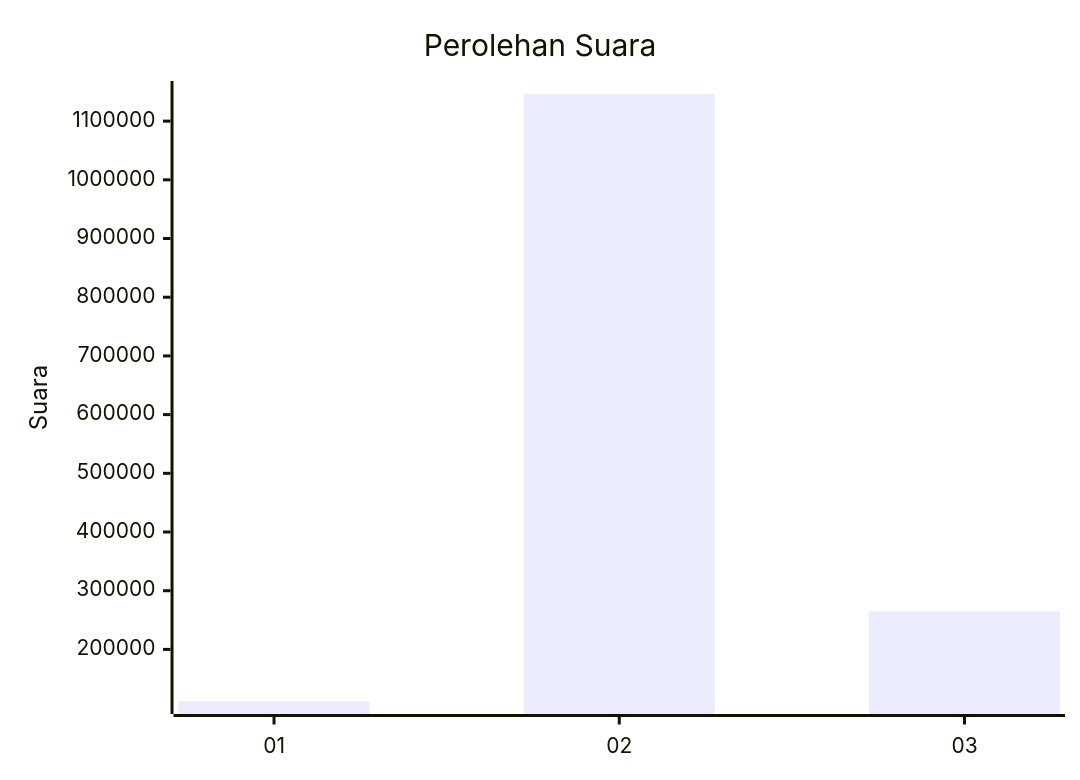
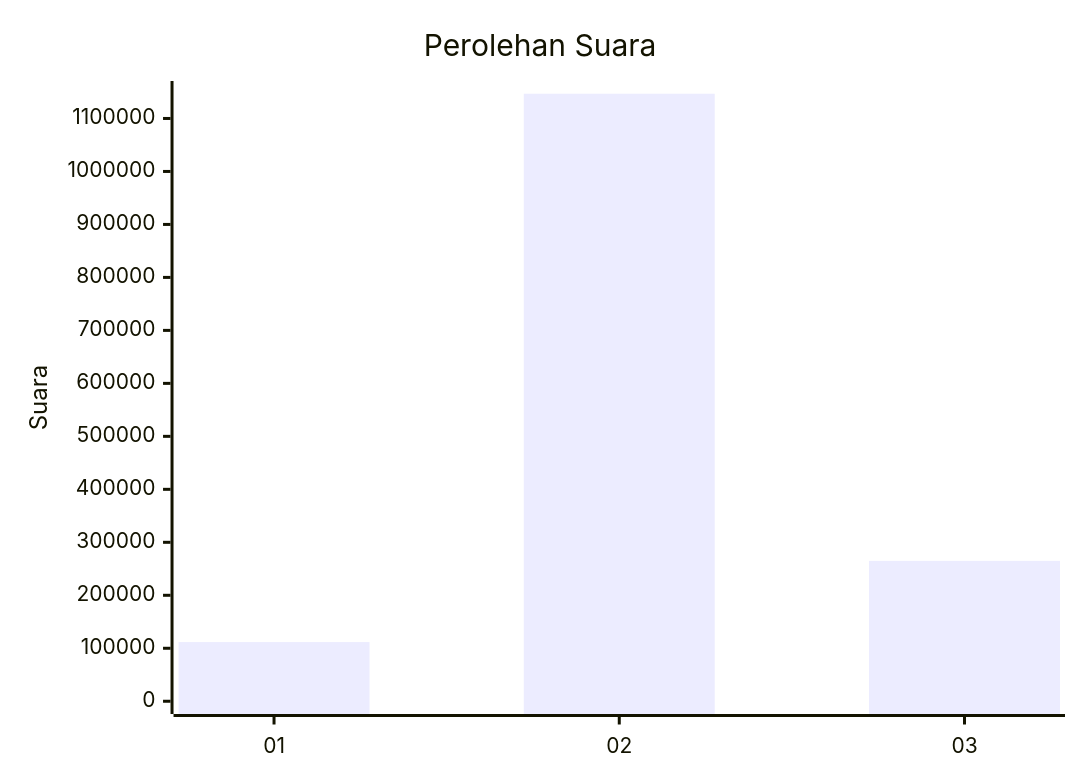
Before and after one commit to gigit-pemilu/pemilu-2024: the first of 2 diagrams in pilpres/hitung-suara/sub/table-wilayah-71.md, drawn with Mermaid. The commit also changed 42 other files, not shown here.

````diff
--- a/pilpres/hitung-suara/sub/table-wilayah-71.md
+++ b/pilpres/hitung-suara/sub/table-wilayah-71.md
@@ -7,7 +7,7 @@
 ```mermaid
 xychart-beta
     title "Perolehan Suara"
     x-axis [01, 02, 03]
-    y-axis "Suara"
+    y-axis "Suara" 0 --> 1146653
     bar [111669, 1146653, 264978]
 ```
````
